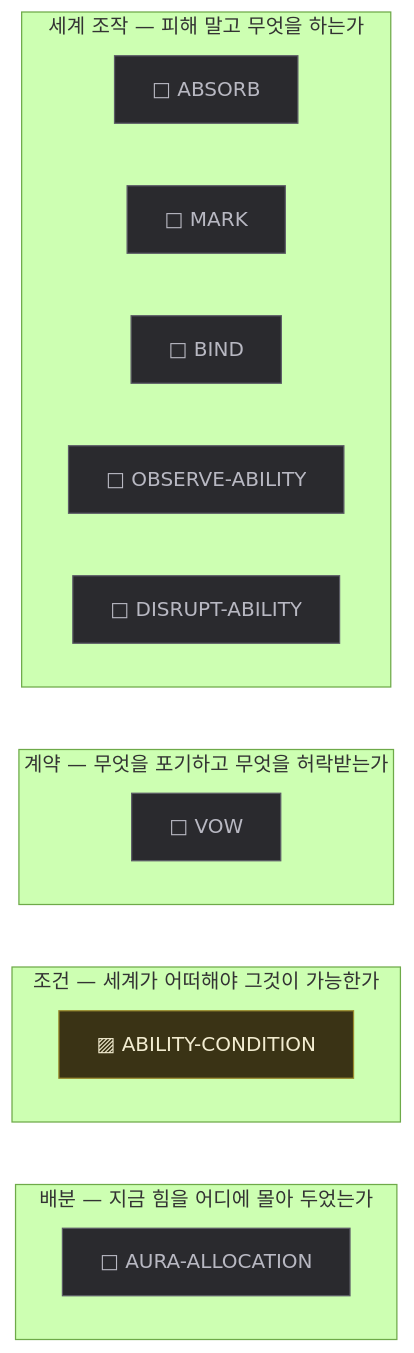
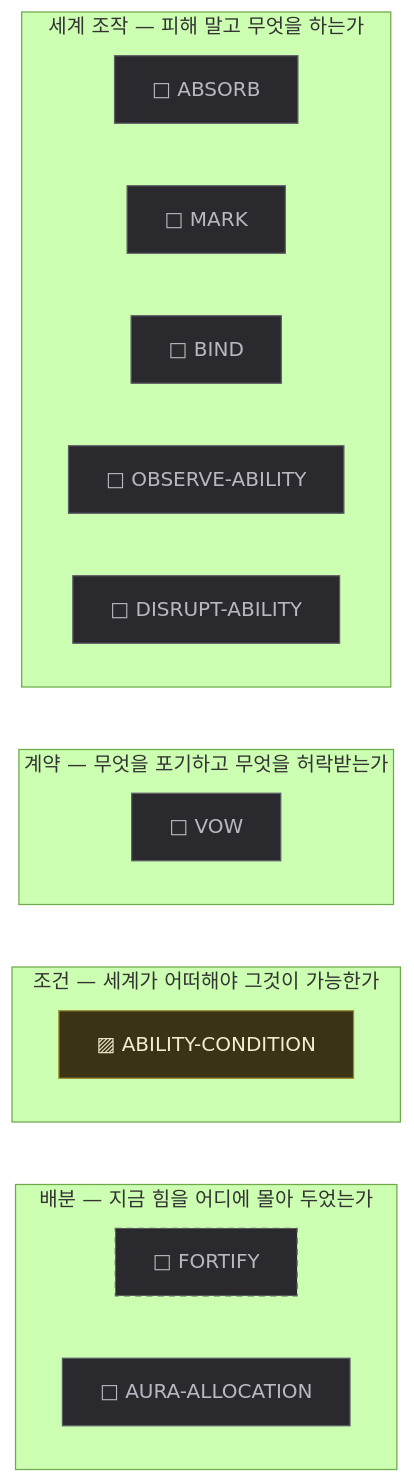
The fourth of 14 diagrams in HktAdvProtoH/content/proto-adventure/master/graph/GRAPH.md (dkwkekzz/HktFramework), drawn with Mermaid (forest theme) before and after one commit. The commit also changed other lines of this file and 10 other files, not shown here.

````diff
--- a/HktAdvProtoH/content/proto-adventure/master/graph/GRAPH.md
+++ b/HktAdvProtoH/content/proto-adventure/master/graph/GRAPH.md
@@ -252,31 +249,33 @@
 ```mermaid
 flowchart TB
   subgraph SEG0 ["세계 조작 — 피해 말고 무엇을 하는가"]
     N0["□ ABSORB"]
     N1["□ MARK"]
     N2["□ BIND"]
     N3["□ OBSERVE-ABILITY"]
     N4["□ DISRUPT-ABILITY"]
   end
   subgraph SEG1 ["계약 — 무엇을 포기하고 무엇을 허락받는가"]
     N5["□ VOW"]
   end
   subgraph SEG2 ["조건 — 세계가 어떠해야 그것이 가능한가"]
     N6["▨ ABILITY-CONDITION"]
   end
   subgraph SEG3 ["배분 — 지금 힘을 어디에 몰아 두었는가"]
-    N7["□ AURA-ALLOCATION"]
+    N7["□ FORTIFY"]
+    N8["□ AURA-ALLOCATION"]
   end
   SEG0 ~~~ SEG1
   SEG1 ~~~ SEG2
   SEG2 ~~~ SEG3
 
   classDef impl fill:#16351f,stroke:#3f8a52,color:#d8f2df;
   classDef part fill:#3a3315,stroke:#9a8a2e,color:#f2ecd0;
   classDef miss fill:#2a2a2e,stroke:#5c5c66,color:#b8b8c2;
   classDef implS fill:#16351f,stroke:#3f8a52,color:#d8f2df,stroke-dasharray:5 4;
   classDef partS fill:#3a3315,stroke:#9a8a2e,color:#f2ecd0,stroke-dasharray:5 4;
   classDef missS fill:#2a2a2e,stroke:#5c5c66,color:#b8b8c2,stroke-dasharray:5 4;
   class N6 part;
-  class N0,N1,N2,N3,N4,N5,N7 miss;
+  class N0,N1,N2,N3,N4,N5,N8 miss;
+  class N7 missS;
 ```
````
